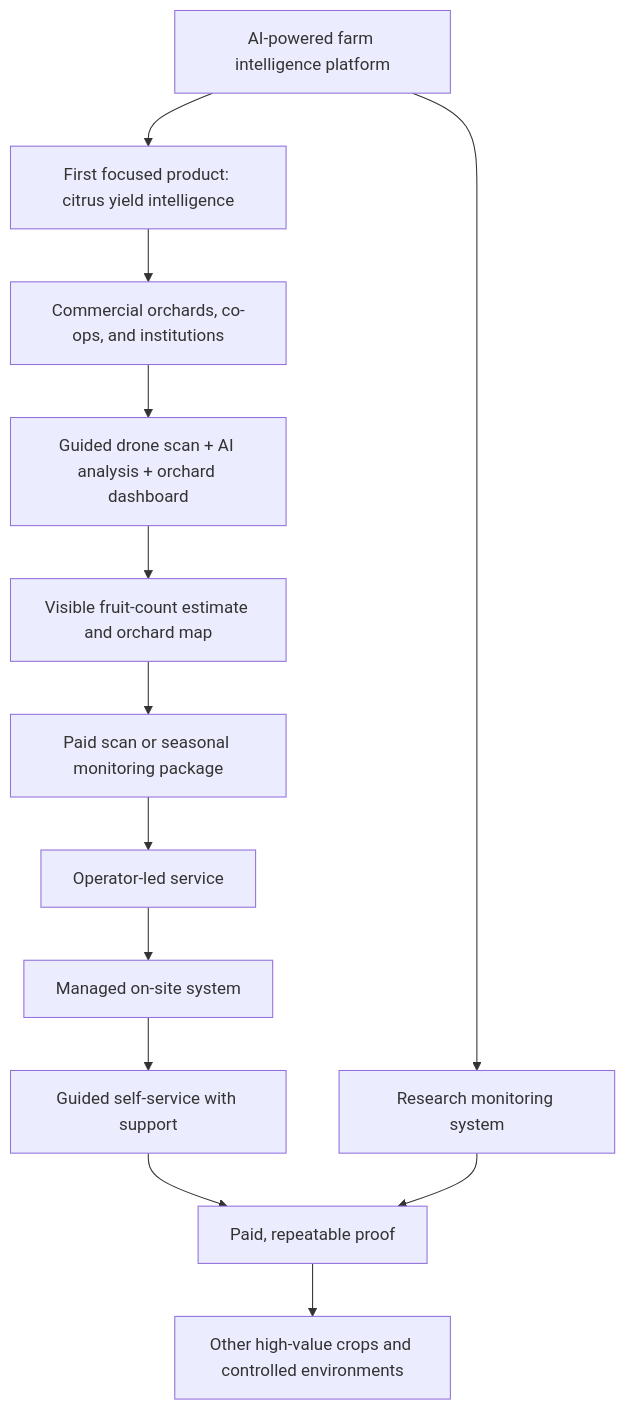
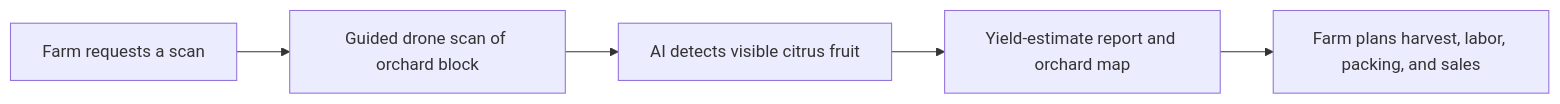
The first of 2 diagrams in Business model.md (Danncode10/autonomous-citrus-drone), drawn with Mermaid before and after one commit. The commit also changed other lines of this file, not shown here.

Commit message:
docs: refine business model to focus on Citrus Yield Intelligence and clarify service offerings

````diff
--- a/Business model.md
+++ b/Business model.md
@@ -7,16 +43,7 @@
 ```mermaid
-flowchart TD
-    Vision["AI-powered farm intelligence platform"]
-    Vision --> Entry["First focused product: citrus yield intelligence"]
-    Entry --> Customer["Commercial orchards, co-ops, and institutions"]
-    Customer --> Workflow["Guided drone scan + AI analysis + orchard dashboard"]
-    Workflow --> Outcome["Visible fruit-count estimate and orchard map"]
-    Outcome --> Revenue["Paid scan or seasonal monitoring package"]
-    Revenue --> Phase1["Operator-led service"]
-    Phase1 --> Phase2["Managed on-site system"]
-    Phase2 --> Phase3["Guided self-service with support"]
-    Vision --> Research["Research monitoring system"]
-    Phase3 --> Expansion["Paid, repeatable proof"]
-    Research --> Expansion
-    Expansion --> Crops["Other high-value crops and controlled environments"]
+flowchart LR
+    Farm["Farm requests a scan"] --> Scan["Guided drone scan of orchard block"]
+    Scan --> AI["AI detects visible citrus fruit"]
+    AI --> Report["Yield-estimate report and orchard map"]
+    Report --> Decision["Farm plans harvest, labor, packing, and sales"]
 ```
````
